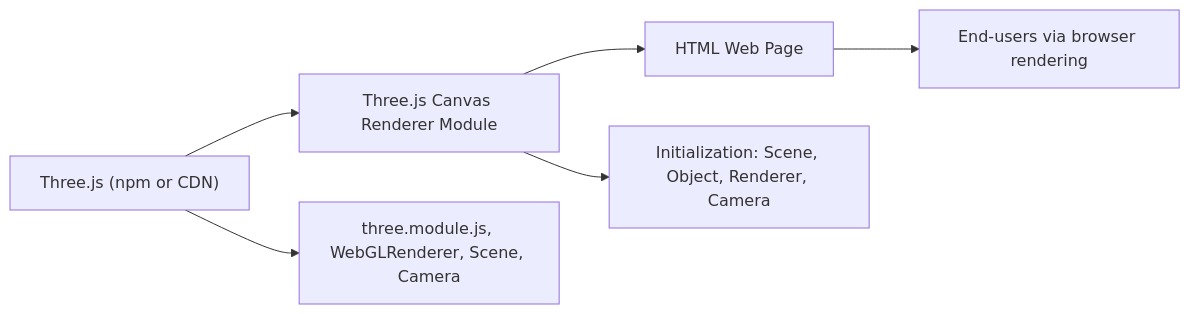
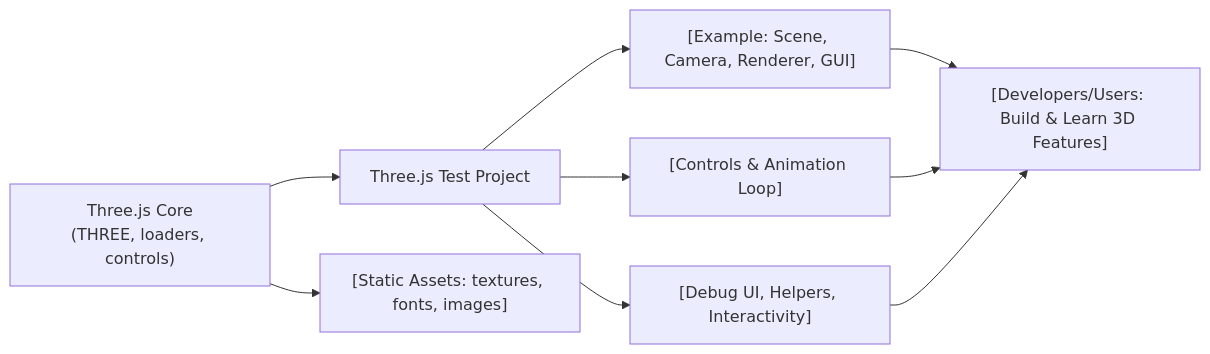
Before and after one commit to NicoooM/three-js-test: the diagram in .shelfya/api/overview.md, drawn with Mermaid. The commit also changed other lines of this file and 15 other files, not shown here.

````diff
--- a/.shelfya/api/overview.md
+++ b/.shelfya/api/overview.md
@@ -60,7 +88,11 @@
 ```mermaid
 flowchart LR
-  dependencies["Three.js (npm or CDN)"] --> thisModule["Three.js Canvas Renderer Module"] --> usedBy["HTML Web Page"]
-  dependencies --> details["three.module.js, WebGLRenderer, Scene, Camera"]
-  thisModule --> process["Initialization: Scene, Object, Renderer, Camera"] 
-  usedBy --> consumers["End-users via browser rendering"]
+  dependencies["Three.js Core\n(THREE, loaders, controls)"] --> thisModule["Three.js Test Project"]
+  dependencies --> assets["[Static Assets: textures, fonts, images]"]
+  thisModule --> userScene["[Example: Scene, Camera, Renderer, GUI]"] 
+  thisModule --> userControls["[Controls & Animation Loop]"]
+  thisModule --> userHelpers["[Debug UI, Helpers, Interactivity]"]
+  userScene --> consumerApps["[Developers/Users: Build & Learn 3D Features]"]
+  userControls --> consumerApps
+  userHelpers --> consumerApps
 ```
````
